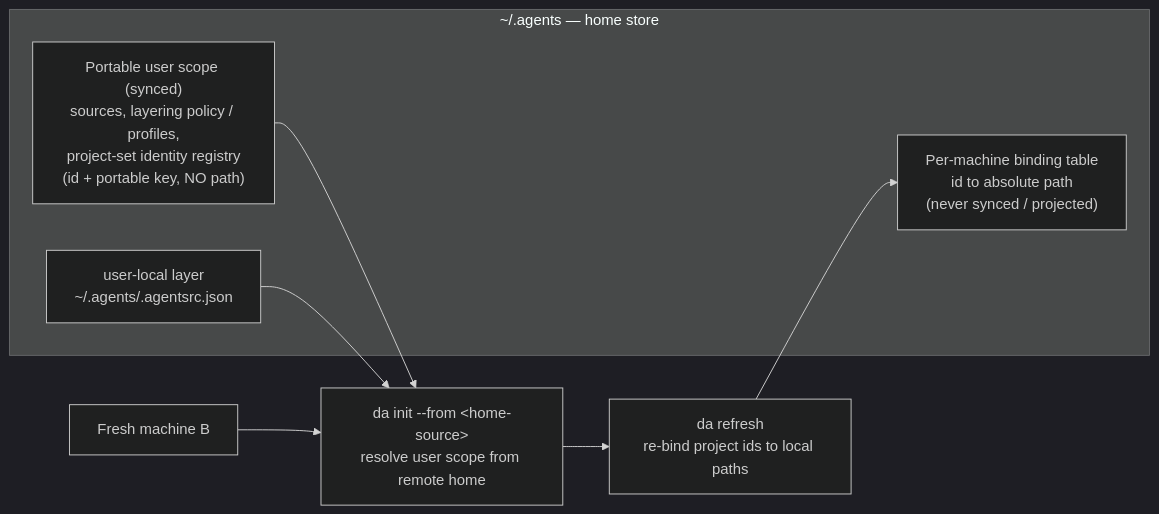
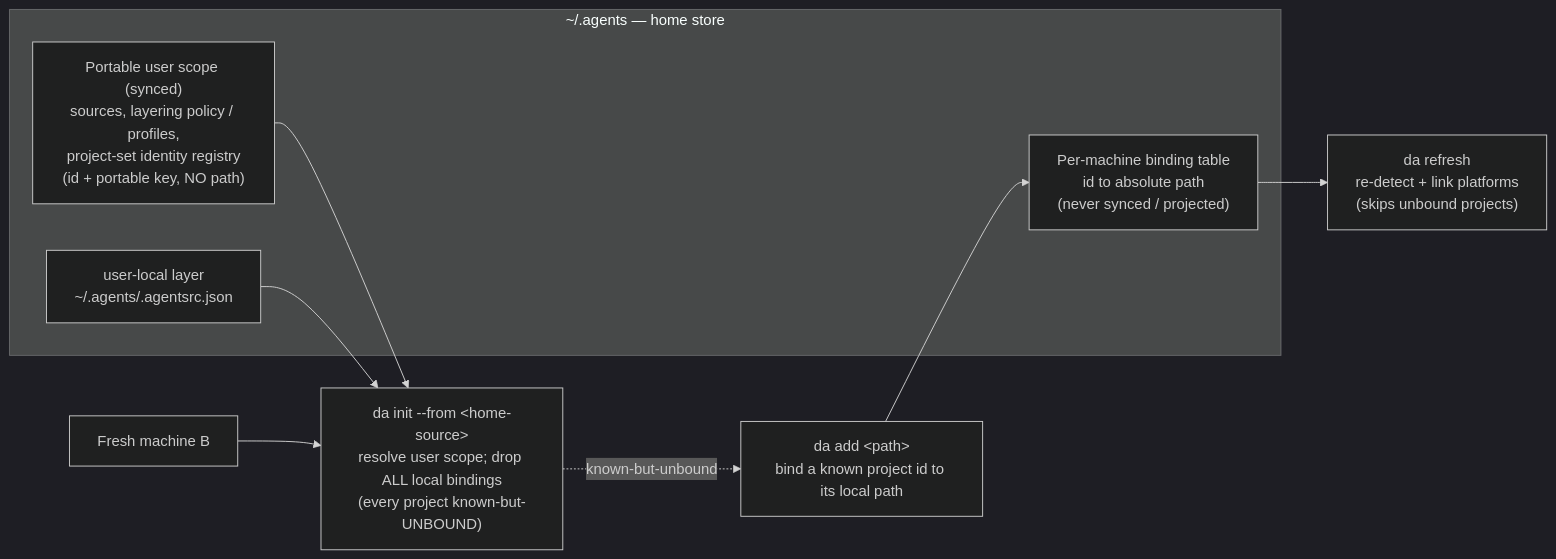
The ninth of 13 diagrams in docs/PROJECT_DIAGRAMS.md (AGOrcha/dot-agents), drawn with Mermaid (dark theme) before and after one commit. The commit also changed other lines of this file and 3 other files, not shown here.

First line of the commit message:
docs: correct 5 accuracy errors in architect demo diagram deck

````diff
--- a/docs/PROJECT_DIAGRAMS.md
+++ b/docs/PROJECT_DIAGRAMS.md
@@ -437,18 +449,20 @@
 ```mermaid
 flowchart LR
     subgraph HOME["~/.agents — home store"]
         portable["Portable user scope (synced)<br/>sources, layering policy / profiles,<br/>project-set identity registry<br/>(id + portable key, NO path)"]
         userlocal["user-local layer<br/>~/.agents/.agentsrc.json"]
         binding["Per-machine binding table<br/>id to absolute path<br/>(never synced / projected)"]
     end
 
     mB["Fresh machine B"]
-    init["da init --from &lt;home-source&gt;<br/>resolve user scope from remote home"]
-    refresh["da refresh<br/>re-bind project ids to local paths"]
+    init["da init --from &lt;home-source&gt;<br/>resolve user scope; drop ALL local bindings<br/>(every project known-but-UNBOUND)"]
+    add["da add &lt;path&gt;<br/>bind a known project id to its local path"]
+    refresh["da refresh<br/>re-detect + link platforms<br/>(skips unbound projects)"]
 
     portable --> init
     userlocal --> init
     mB --> init
-    init --> refresh
-    refresh --> binding
+    init -. known-but-unbound .-> add
+    add --> binding
+    binding --> refresh
 ```
````
